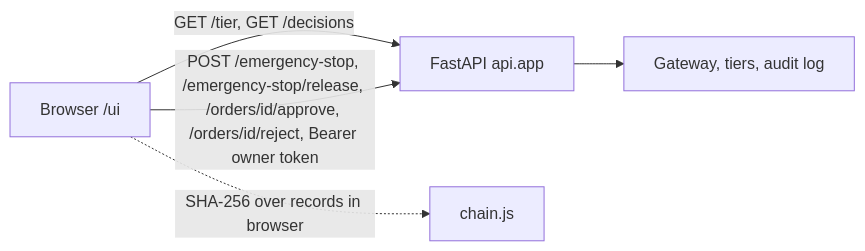
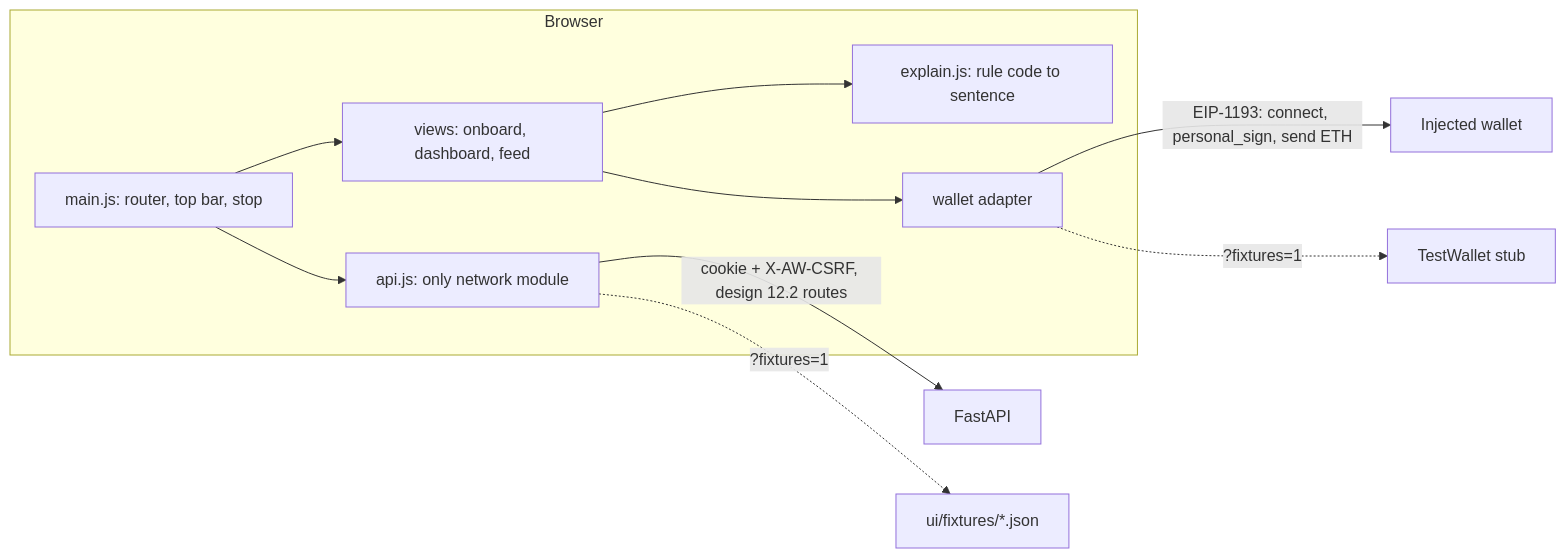
Before and after one commit to thaicuong576/agent-wallet: the diagram in docs/architecture/ui.md, drawn with Mermaid. The commit also changed other lines of this file and 35 other files, not shown here.

First line of the commit message:
feat(ui): webapp Stage 0 views (onboarding, dashboard, feed) against fixtures (#81)

````diff
--- a/docs/architecture/ui.md
+++ b/docs/architecture/ui.md
@@ -8,7 +7,13 @@
 ```mermaid
 flowchart LR
-  B[Browser /ui] -->|GET /tier, GET /decisions| A[FastAPI api.app]
-  B -->|POST /emergency-stop, /emergency-stop/release, /orders/id/approve, /orders/id/reject, Bearer owner token| A
-  A --> G[Gateway, tiers, audit log]
-  B -.->|SHA-256 over records in browser| C[chain.js]
+  subgraph Browser
+    M[main.js: router, top bar, stop] --> V[views: onboard, dashboard, feed]
+    V --> X[explain.js: rule code to sentence]
+    M --> A[api.js: only network module]
+    V --> W[wallet adapter]
+  end
+  W -->|EIP-1193: connect, personal_sign, send ETH| Wlt[Injected wallet]
+  A -->|cookie + X-AW-CSRF, design 12.2 routes| S[FastAPI]
+  A -.->|?fixtures=1| F[ui/fixtures/*.json]
+  W -.->|?fixtures=1| T[TestWallet stub]
 ```
````
